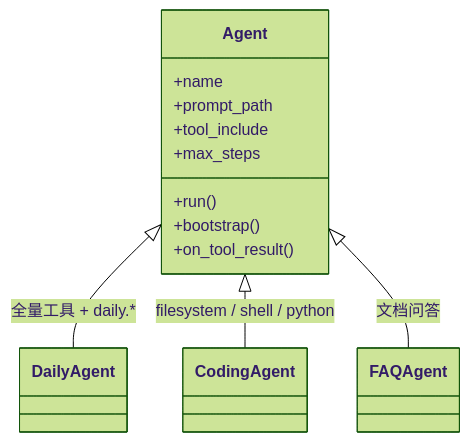
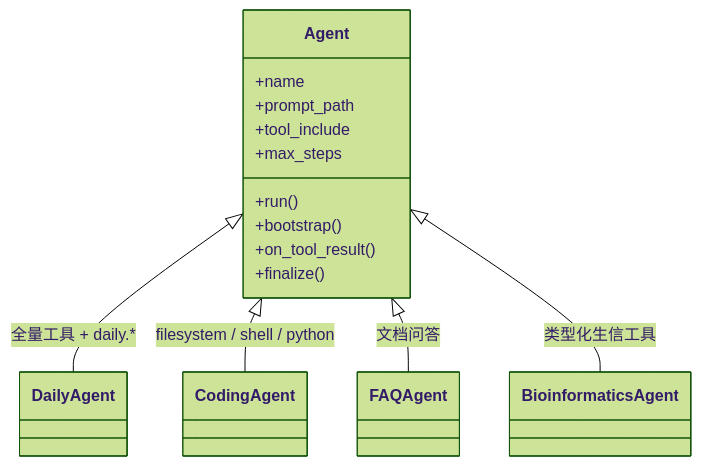
The third of 3 diagrams in README.zh-CN.md (xinzipanghuang/thin-harness), drawn with Mermaid (forest theme) before and after one commit. The commit also changed other lines of this file and 34 other files, not shown here.

````diff
--- a/README.zh-CN.md
+++ b/README.zh-CN.md
@@ -211,18 +245,21 @@
 ```mermaid
 classDiagram
     class Agent {
         +name
         +prompt_path
         +tool_include
         +max_steps
         +run()
         +bootstrap()
         +on_tool_result()
+        +finalize()
     }
     class DailyAgent
     class CodingAgent
     class FAQAgent
+    class BioinformaticsAgent
     Agent <|-- DailyAgent : 全量工具 + daily.*
     Agent <|-- CodingAgent : filesystem / shell / python
     Agent <|-- FAQAgent : 文档问答
+    Agent <|-- BioinformaticsAgent : 类型化生信工具
 ```
````
